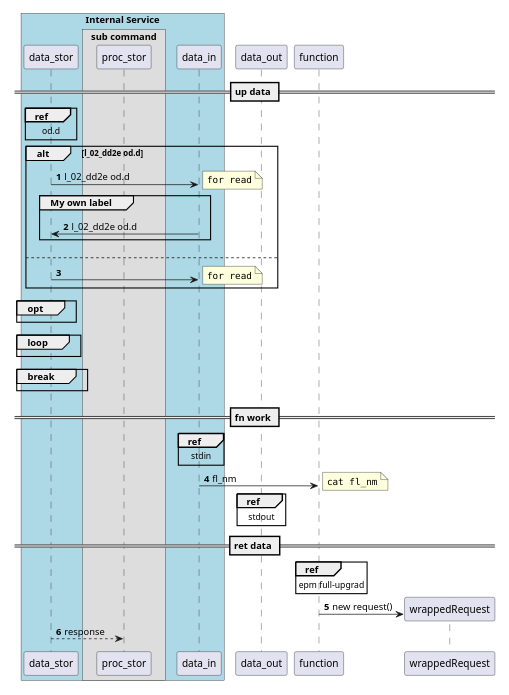
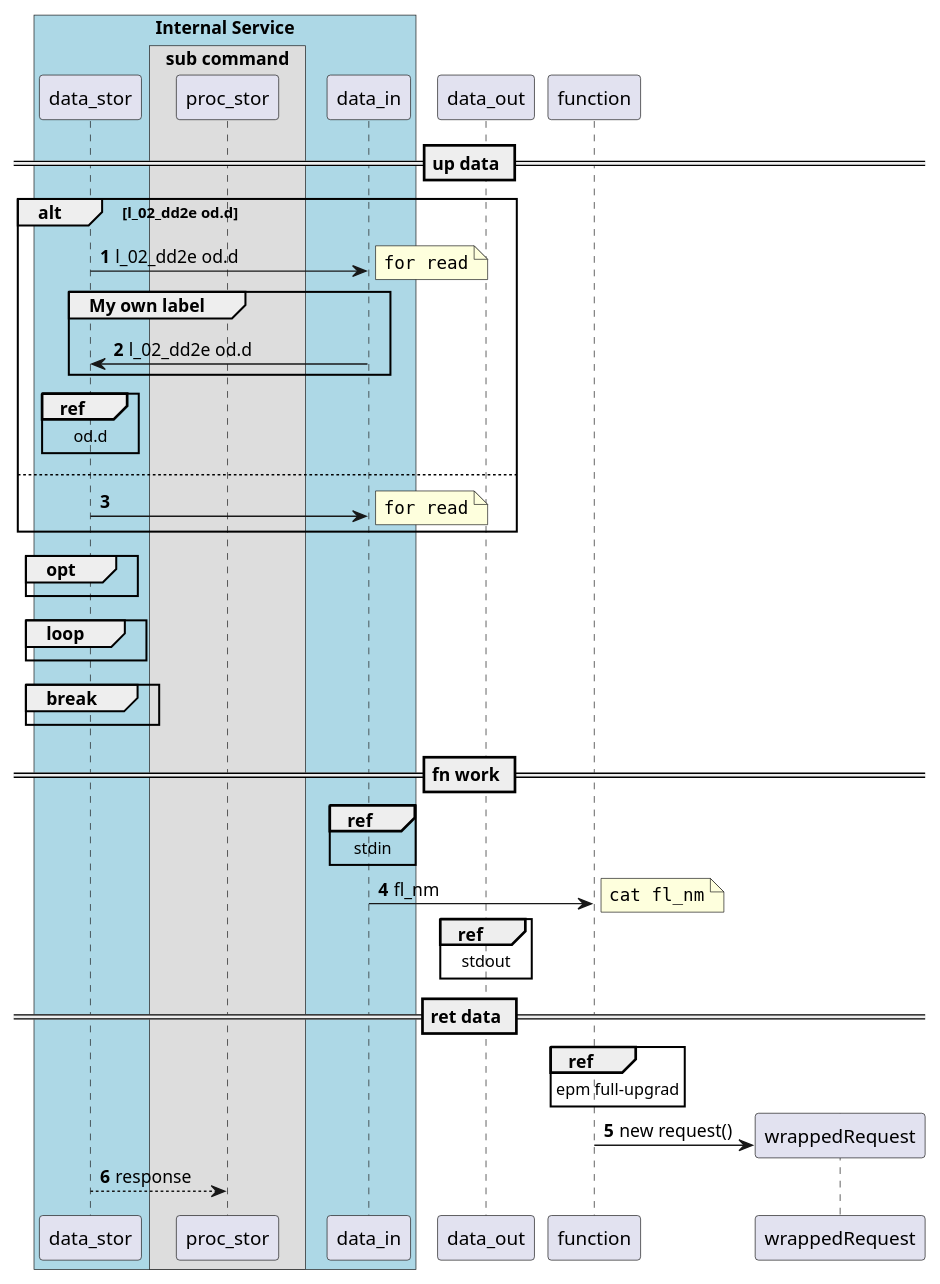
The diagram in .d/.stl.d/opus.d/uml.d/exa/fn1.puml (legioner9/stl), drawn with PlantUML before and after one commit. The commit also changed 4 other files, not shown here.

```diff
--- a/.d/.stl.d/opus.d/uml.d/exa/fn1.puml
+++ b/.d/.stl.d/opus.d/uml.d/exa/fn1.puml
@@ -1,78 +1,78 @@
 @startuml
 
-scale 1000*500
+' scale 1000*500
 autonumber 
 !pragma teoz true
 box "Internal Service" #LightBlue
 participant data_stor as d_st
 box "sub command"
 participant proc_stor as p_st
 end box
 participant data_in as d_in
 end box
 participant data_out as d_out
 participant function as fn
 == up data ==
-ref over d_st
-od.d
-end ref
+
 
 
     
 alt  l_02_dd2e od.d
     d_st -> d_in : l_02_dd2e od.d
         note right
         <code>
         for read
         </code>
         end note
     group My own label
     d_in -> d_st : l_02_dd2e od.d
     end
-
+ref over d_st
+od.d
+end ref
 else
         d_in <- d_st
         note right
         <code>
         for read
         </code>
         end note
 end
 
 opt
 end
 
 loop
 end
 
 break
 end
 
 
 == fn work ==
 
 ref over d_in
 stdin
 end ref
 d_in -> fn : fl_nm
 note right
 <code>
 cat fl_nm
 </code>
 end note
 ref over d_out
 stdout
 end ref
 == ret data ==
 ref over fn
 epm full-upgrad
 end ref
 
 create wrappedRequest
 fn -> wrappedRequest: new request()
 p_st <-- d_st: response
 
 
 
 
 @enduml
```
